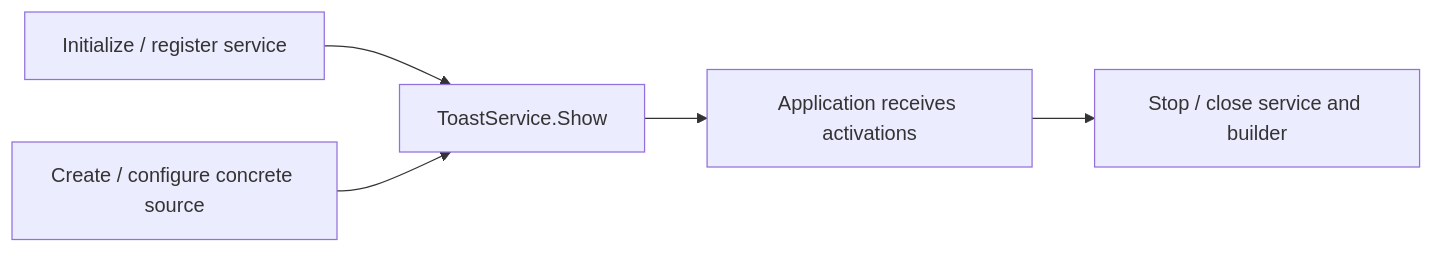
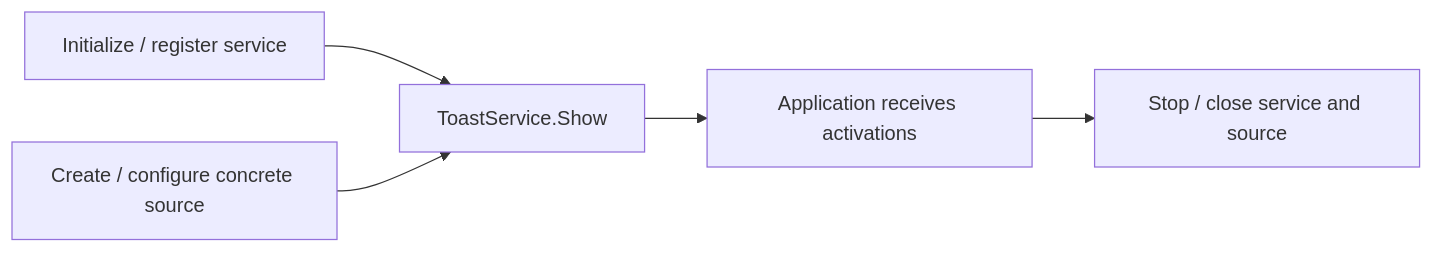
Before and after one commit to loicwoh/ToastNotifications: the diagram in Sources/docs/reference/toastservice/show.md, drawn with Mermaid. The commit also changed other lines of this file and 184 other files, not shown here.

````diff
--- a/Sources/docs/reference/toastservice/show.md
+++ b/Sources/docs/reference/toastservice/show.md
@@ -20,9 +20,9 @@
 ```mermaid
 flowchart LR
     accTitle: Display composed content through the service
     accDescr: Service initialization and registration join the configured builder at Show. The application then waits for activations and closes its resources after stopping reception.
     I[Initialize / register service] --> S[ToastService.Show]
     B[Create / configure concrete source] --> S
     S --> W[Application receives activations]
-    W --> C[Stop / close service and builder]
+    W --> C[Stop / close service and source]
 ```
````
